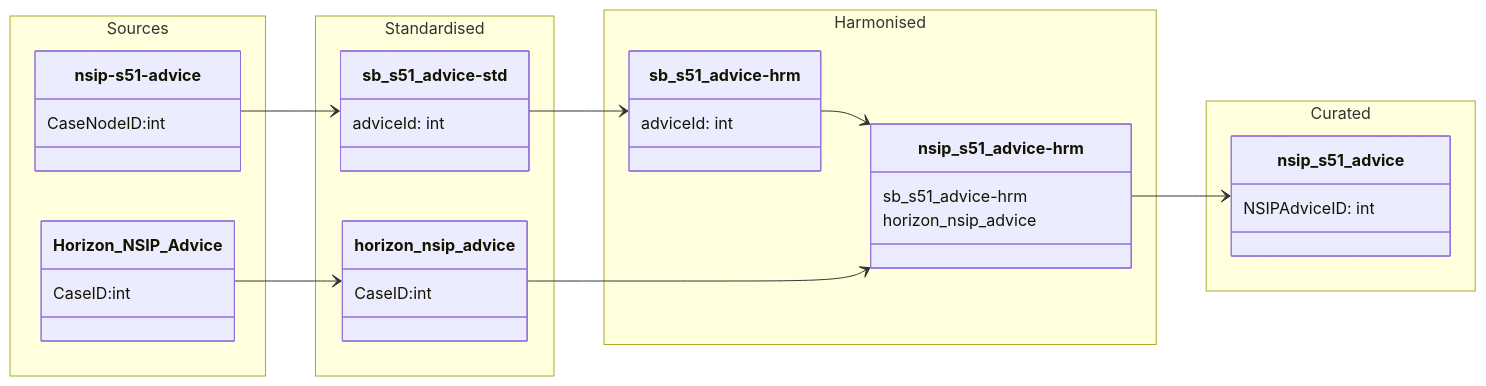
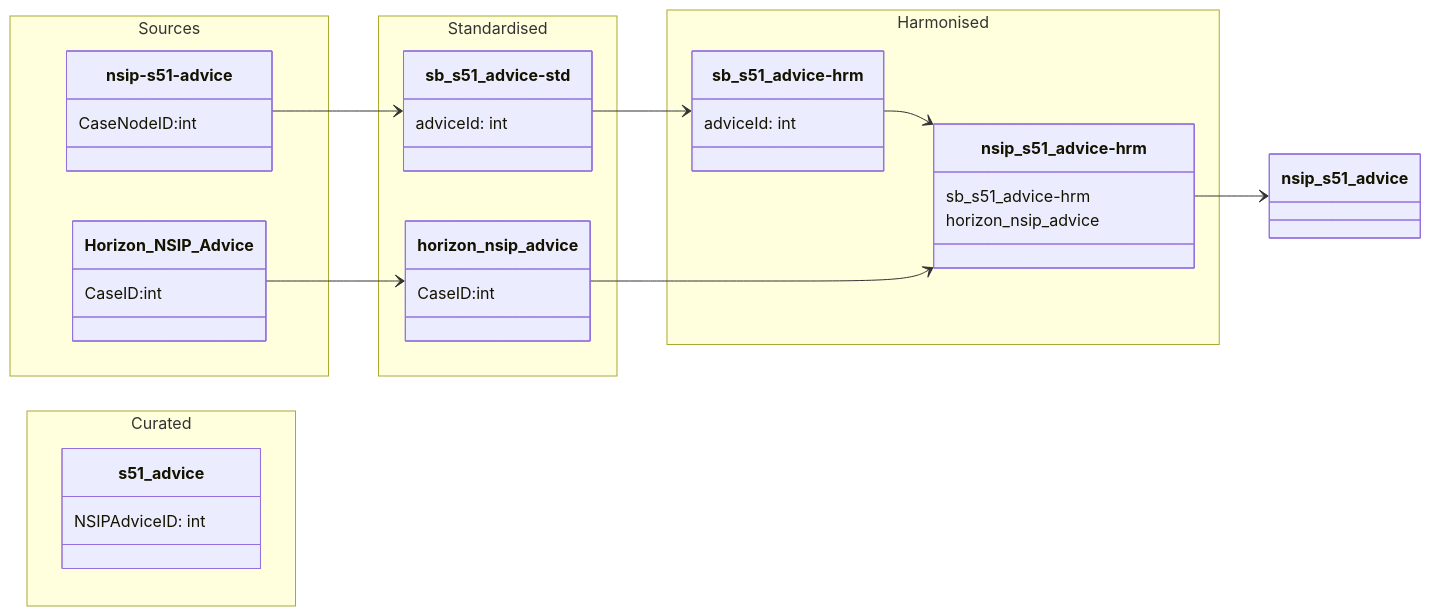
The diagram in data-models/nsip-s51-advice.md (Planning-Inspectorate/ODW-Service), drawn with Mermaid before and after one commit.

````diff
--- a/data-models/nsip-s51-advice.md
+++ b/data-models/nsip-s51-advice.md
@@ -7,61 +7,61 @@
 ```mermaid
 
 classDiagram
 
     direction LR
 
     namespace Sources {
 
         class Horizon_NSIP_Advice {
             CaseID:int
         }
 
         class nsip-s51-advice{
             CaseNodeID:int
         }
 
 
     }
     
     namespace Standardised {
 
         class horizon_nsip_advice {
              CaseID:int
         }
 
         class sb_s51_advice-std {
             adviceId: int
         }
 
     }
 
     namespace Harmonised {
 
         class nsip_s51_advice-hrm {
             sb_s51_advice-hrm 
             horizon_nsip_advice
         }
 
         class sb_s51_advice-hrm {
             adviceId: int
         }
     
     }
 
     namespace Curated {
 
-        class nsip_s51_advice {
+        class s51_advice {
             NSIPAdviceID: int
         }
     }
 
 
 `nsip-s51-advice` --> `sb_s51_advice-std`
 `sb_s51_advice-std` --> `sb_s51_advice-hrm`
 `sb_s51_advice-hrm` --> `nsip_s51_advice-hrm`
 `nsip_s51_advice-hrm` --> `nsip_s51_advice`
 
 `Horizon_NSIP_Advice` --> `horizon_nsip_advice`
 `horizon_nsip_advice` --> `nsip_s51_advice-hrm`
 
 ```
````
